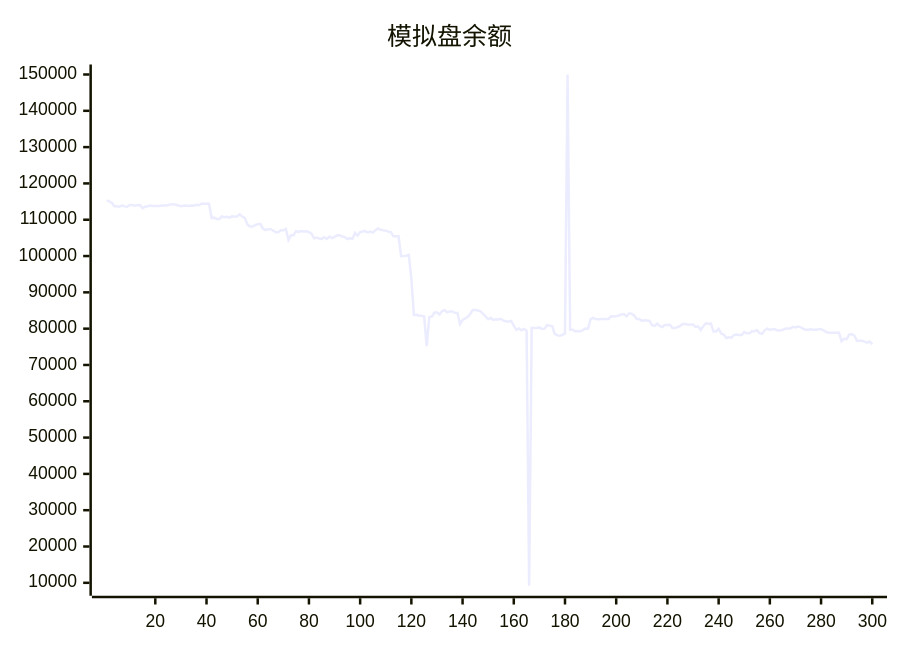
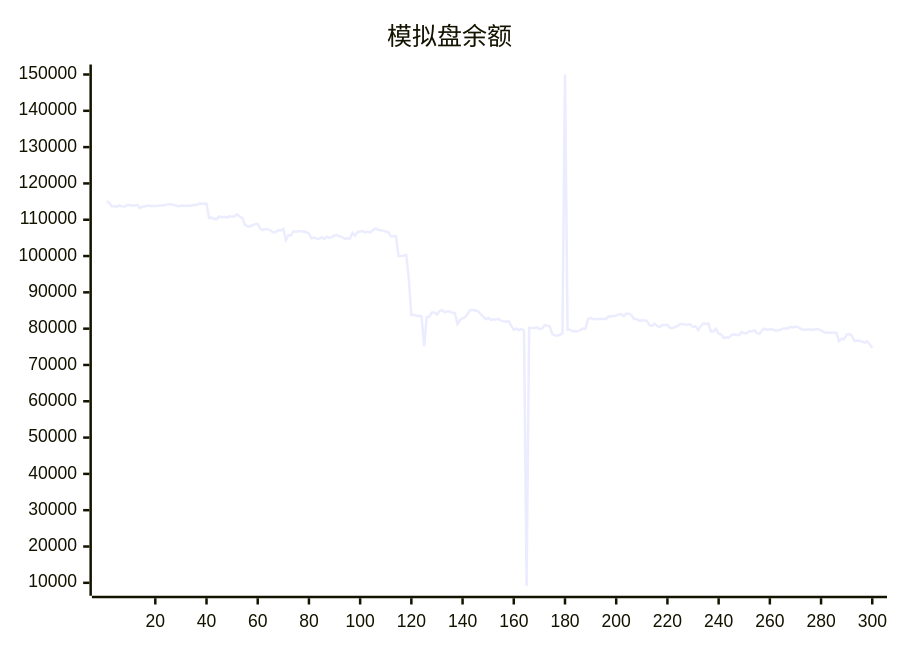
Before and after one commit to aahl/ai-trading: the diagram in README.md, drawn with Mermaid. The commit also changed other lines of this file and 1 other file, not shown here.

````diff
--- a/README.md
+++ b/README.md
@@ -5,5 +5,5 @@
 ```mermaid
 xychart
     title "模拟盘余额"
-    line [115358,115032,114686,113688,113688,113610,113930,113672,113585,114083,114074,113840,113996,114051,113208,113593,113701,113901,113794,113784,113810,113848,113927,113929,114064,114232,114293,114144,113960,113698,113853,113942,113812,113908,113877,114091,113998,114427,114422,114384,114384,110477,110576,110198,110198,110890,110712,110812,110569,110929,110847,110968,111478,110870,110433,108661,108116,108115,108485,108797,108877,107536,107134,107393,107393,107046,106565,106565,107081,107081,107478,104404,105715,105749,106866,106651,106889,106771,106816,106565,106141,104876,105103,104796,104734,105169,104690,105380,104941,105272,105709,105739,105374,105227,104691,104924,104762,106364,105628,106608,106748,106872,106485,106721,106468,107132,107620,107224,107080,107001,106717,106567,105431,105431,105440,99950,100017,100113,100337,93749,83795,83807,83567,83567,83342,75168,83222,83336,84448,84449,83896,84839,85065,84499,84757,84757,84364,84347,81254,82385,82835,83184,84099,85150,85150,85002,84751,84096,83356,82582,82983,82404,82572,82512,82688,82200,82047,81920,82125,80840,79688,80060,79552,79920,79470,9193,80236,80208,80170,80336,79894,80006,80954,80837,80712,78561,78139,78037,78293,78682,150000,79720,79720,79214,79372,79279,79591,80046,79993,82625,82950,82626,82571,82633,82670,82670,82681,83386,83378,83464,83579,83920,84037,83402,84160,84142,83652,82655,82655,82145,82315,82243,82163,80934,80770,81371,80742,80468,80989,80989,81067,80191,80155,80450,80737,81309,81309,81106,81119,81119,80471,80631,79624,80670,81448,81290,81429,79212,79222,79940,78643,78380,77432,77623,77504,78235,78358,78284,78277,79048,78714,78714,79290,79308,79567,78763,78563,79603,79988,79652,79813,79813,79476,79469,79673,79995,80015,80015,80486,80314,80600,80436,79966,79689,79689,79819,79692,79692,79850,79850,79518,79071,78889,78850,78850,78878,78878,76554,77202,77103,78357,78510,78106,76678,76677,76672,76411,76159,76485,75656]
+    line [115032,114686,113688,113688,113610,113930,113672,113585,114083,114074,113840,113996,114051,113208,113593,113701,113901,113794,113784,113810,113848,113927,113929,114064,114232,114293,114144,113960,113698,113853,113942,113812,113908,113877,114091,113998,114427,114422,114384,114384,110477,110576,110198,110198,110890,110712,110812,110569,110929,110847,110968,111478,110870,110433,108661,108116,108115,108485,108797,108877,107536,107134,107393,107393,107046,106565,106565,107081,107081,107478,104404,105715,105749,106866,106651,106889,106771,106816,106565,106141,104876,105103,104796,104734,105169,104690,105380,104941,105272,105709,105739,105374,105227,104691,104924,104762,106364,105628,106608,106748,106872,106485,106721,106468,107132,107620,107224,107080,107001,106717,106567,105431,105431,105440,99950,100017,100113,100337,93749,83795,83807,83567,83567,83342,75168,83222,83336,84448,84449,83896,84839,85065,84499,84757,84757,84364,84347,81254,82385,82835,83184,84099,85150,85150,85002,84751,84096,83356,82582,82983,82404,82572,82512,82688,82200,82047,81920,82125,80840,79688,80060,79552,79920,79470,9193,80236,80208,80170,80336,79894,80006,80954,80837,80712,78561,78139,78037,78293,78682,150000,79720,79720,79214,79372,79279,79591,80046,79993,82625,82950,82626,82571,82633,82670,82670,82681,83386,83378,83464,83579,83920,84037,83402,84160,84142,83652,82655,82655,82145,82315,82243,82163,80934,80770,81371,80742,80468,80989,80989,81067,80191,80155,80450,80737,81309,81309,81106,81119,81119,80471,80631,79624,80670,81448,81290,81429,79212,79222,79940,78643,78380,77432,77623,77504,78235,78358,78284,78277,79048,78714,78714,79290,79308,79567,78763,78563,79603,79988,79652,79813,79813,79476,79469,79673,79995,80015,80015,80486,80314,80600,80436,79966,79689,79689,79819,79692,79692,79850,79850,79518,79071,78889,78850,78850,78878,78878,76554,77202,77103,78357,78510,78106,76678,76677,76672,76411,76159,76485,75656,74695]
 ```
````
